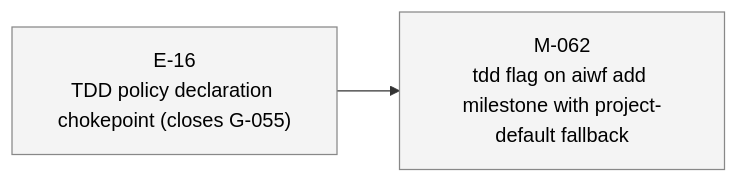
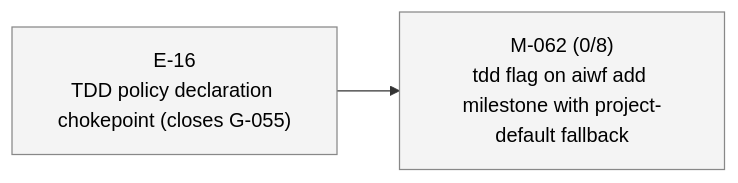
One commit to 23min/aiwf changed the second of 2 diagrams in STATUS.md. Above: the diagram before and after it, drawn with Mermaid. The commit also changed other lines of this file and 1 other file, not shown here.

Commit message:
aiwf add ac M-062 AC-1..AC-8 (8 criteria)
aiwf-verb: add
aiwf-entity: M-062/AC-1
aiwf-entity: M-062/AC-2
aiwf-entity: M-062/AC-3
aiwf-entity: M-062/AC-4
aiwf-entity: M-062/AC-5
aiwf-entity: M-062/AC-6
aiwf-entity: M-062/AC-7
aiwf-entity: M-062/AC-8
aiwf-actor: human/peter

````diff
--- a/STATUS.md
+++ b/STATUS.md
@@ -32,12 +32,12 @@
 ```mermaid
 flowchart LR
   E_16["E-16<br/>TDD policy declaration chokepoint (closes G-055)"]:::epic_proposed
-  M_062["M-062<br/>tdd flag on aiwf add milestone with project-default fallback"]:::ms_draft
+  M_062["M-062 (0/8)<br/>tdd flag on aiwf add milestone with project-default fallback"]:::ms_draft
   E_16 --> M_062
   classDef epic_active fill:#d6eaff,stroke:#1a73e8,color:#000
   classDef epic_proposed fill:#f4f4f4,stroke:#888,color:#000
   classDef ms_done fill:#d8f5d8,stroke:#2a8a2a,color:#000
   classDef ms_in_progress fill:#fff3c4,stroke:#caa400,color:#000
   classDef ms_draft fill:#f4f4f4,stroke:#888,color:#000
   classDef ms_cancelled fill:#fbeaea,stroke:#c33,color:#000
 ```
````
